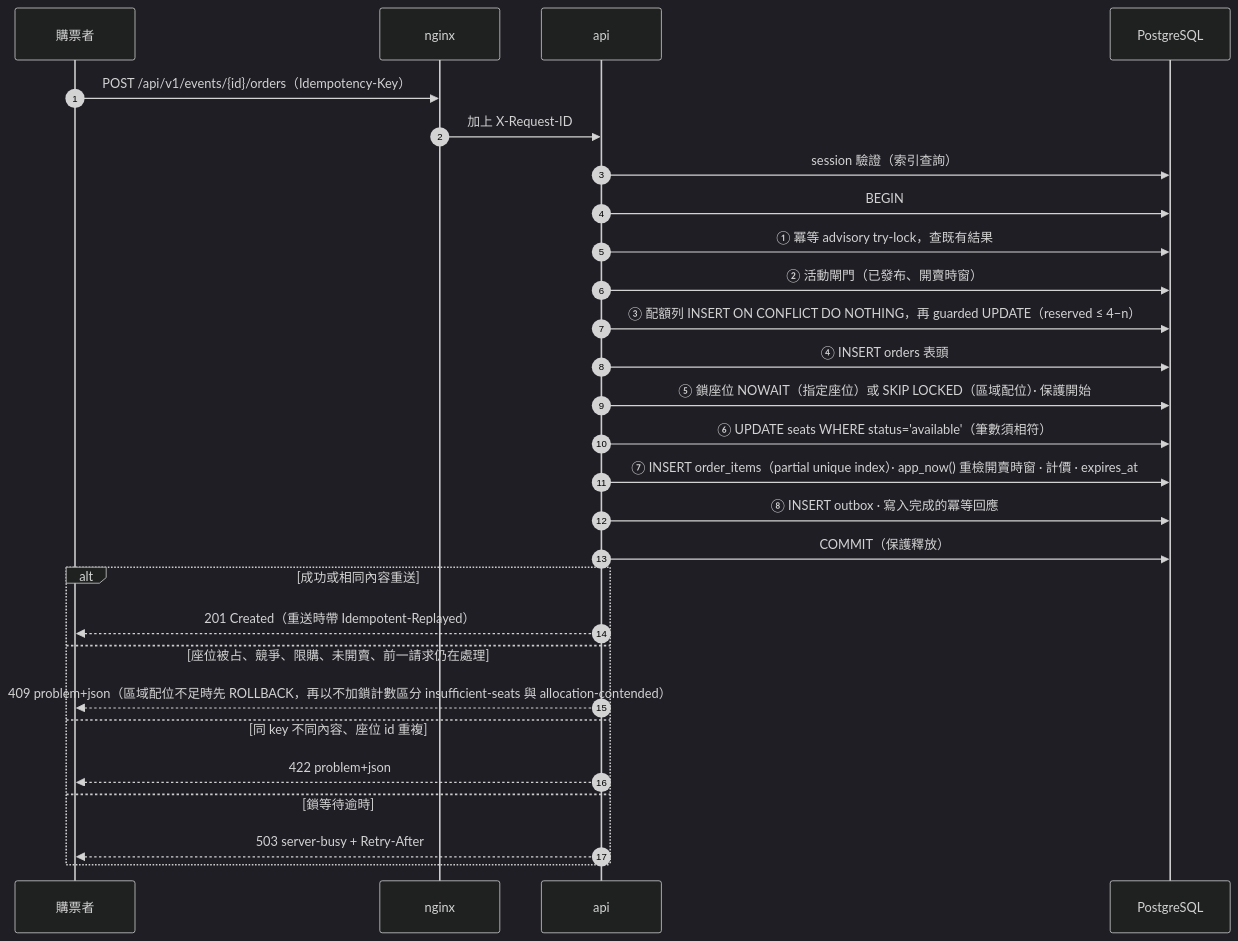
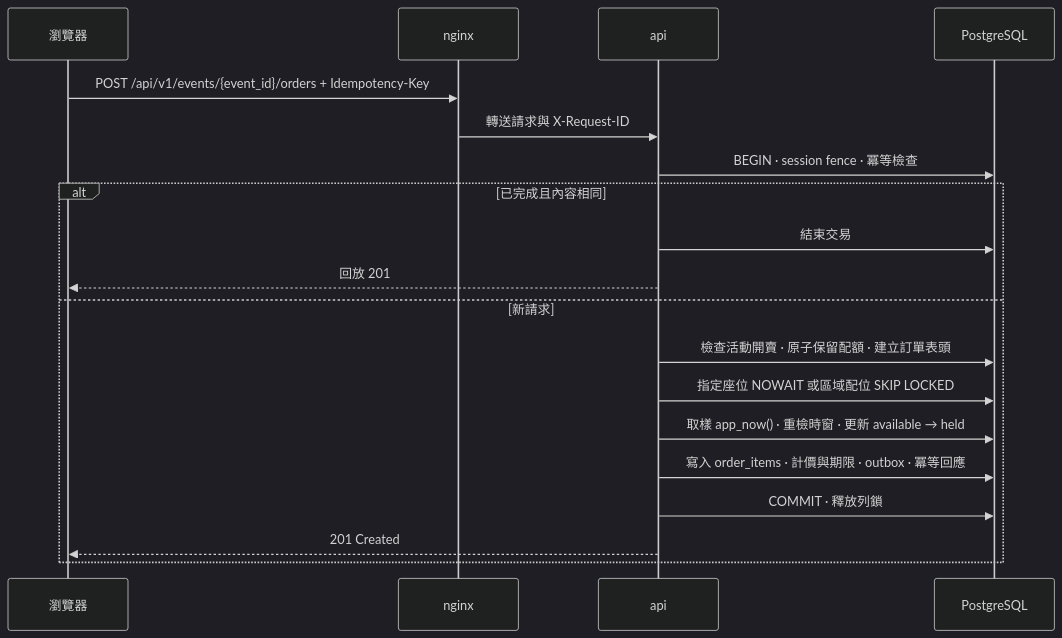
The second of 5 diagrams in docs/architecture.md (kaiser0421/wy-project), drawn with Mermaid (dark theme) before and after one commit. The commit also changed other lines of this file and 1 other file, not shown here.

Commit message:
docs: describe the deployed architecture and render its diagrams

````diff
--- a/docs/architecture.md
+++ b/docs/architecture.md
@@ -74,30 +57,21 @@
 ```mermaid
 sequenceDiagram
-  autonumber
-  participant C as 購票者
+  participant C as 瀏覽器
   participant N as nginx
   participant A as api
   participant P as PostgreSQL
-  C->>N: POST /api/v1/events/{id}/orders（Idempotency-Key）
-  N->>A: 加上 X-Request-ID
-  A->>P: session 驗證（索引查詢）
-  A->>P: BEGIN
-  A->>P: ① 冪等 advisory try-lock，查既有結果
-  A->>P: ② 活動閘門（已發布、開賣時窗）
-  A->>P: ③ 配額列 INSERT ON CONFLICT DO NOTHING，再 guarded UPDATE（reserved ≤ 4−n）
-  A->>P: ④ INSERT orders 表頭
-  A->>P: ⑤ 鎖座位 NOWAIT（指定座位）或 SKIP LOCKED（區域配位）· 保護開始
-  A->>P: ⑥ UPDATE seats WHERE status='available'（筆數須相符）
-  A->>P: ⑦ INSERT order_items（partial unique index）· app_now() 重檢開賣時窗 · 計價 · expires_at
-  A->>P: ⑧ INSERT outbox · 寫入完成的冪等回應
-  A->>P: COMMIT（保護釋放）
-  alt 成功或相同內容重送
-    A-->>C: 201 Created（重送時帶 Idempotent-Replayed）
-  else 座位被占、競爭、限購、未開賣、前一請求仍在處理
-    A-->>C: 409 problem+json（區域配位不足時先 ROLLBACK，再以不加鎖計數區分 insufficient-seats 與 allocation-contended）
-  else 同 key 不同內容、座位 id 重複
-    A-->>C: 422 problem+json
-  else 鎖等待逾時
-    A-->>C: 503 server-busy + Retry-After
+  C->>N: POST /api/v1/events/{event_id}/orders + Idempotency-Key
+  N->>A: 轉送請求與 X-Request-ID
+  A->>P: BEGIN · session fence · 冪等檢查
+  alt 已完成且內容相同
+    A->>P: 結束交易
+    A-->>C: 回放 201
+  else 新請求
+    A->>P: 檢查活動開賣 · 原子保留配額 · 建立訂單表頭
+    A->>P: 指定座位 NOWAIT 或區域配位 SKIP LOCKED
+    A->>P: 取樣 app_now() · 重檢時窗 · 更新 available → held
+    A->>P: 寫入 order_items · 計價與期限 · outbox · 冪等回應
+    A->>P: COMMIT · 釋放列鎖
+    A-->>C: 201 Created
   end
 ```
````
